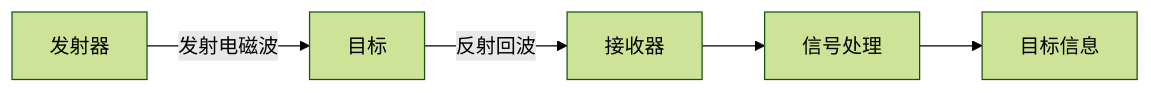
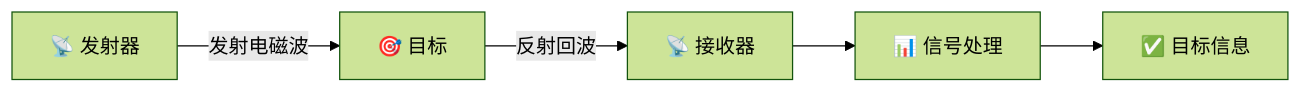
Before and after one commit to matreshka15/mmWave_Insight: the first of 2 diagrams in docs/radar-basics/overview.md, drawn with Mermaid (forest theme). The commit also changed other lines of this file and 6 other files, not shown here.

````diff
--- a/docs/radar-basics/overview.md
+++ b/docs/radar-basics/overview.md
@@ -24,7 +50,7 @@
 ```mermaid
 graph LR
-    A[发射器] -->|发射电磁波| B[目标]
-    B -->|反射回波| C[接收器]
-    C --> D[信号处理]
-    D --> E[目标信息]
+    A[📡 发射器] -->|发射电磁波| B[🎯 目标]
+    B -->|反射回波| C[📡 接收器]
+    C --> D[📊 信号处理]
+    D --> E[✅ 目标信息]
 ```
````
